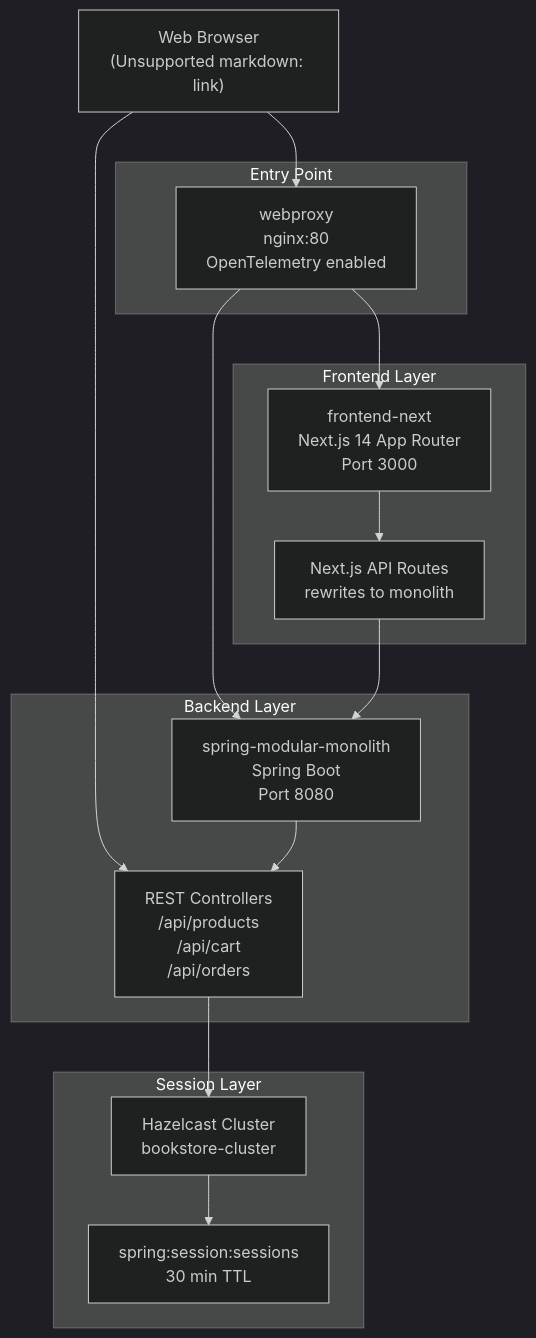
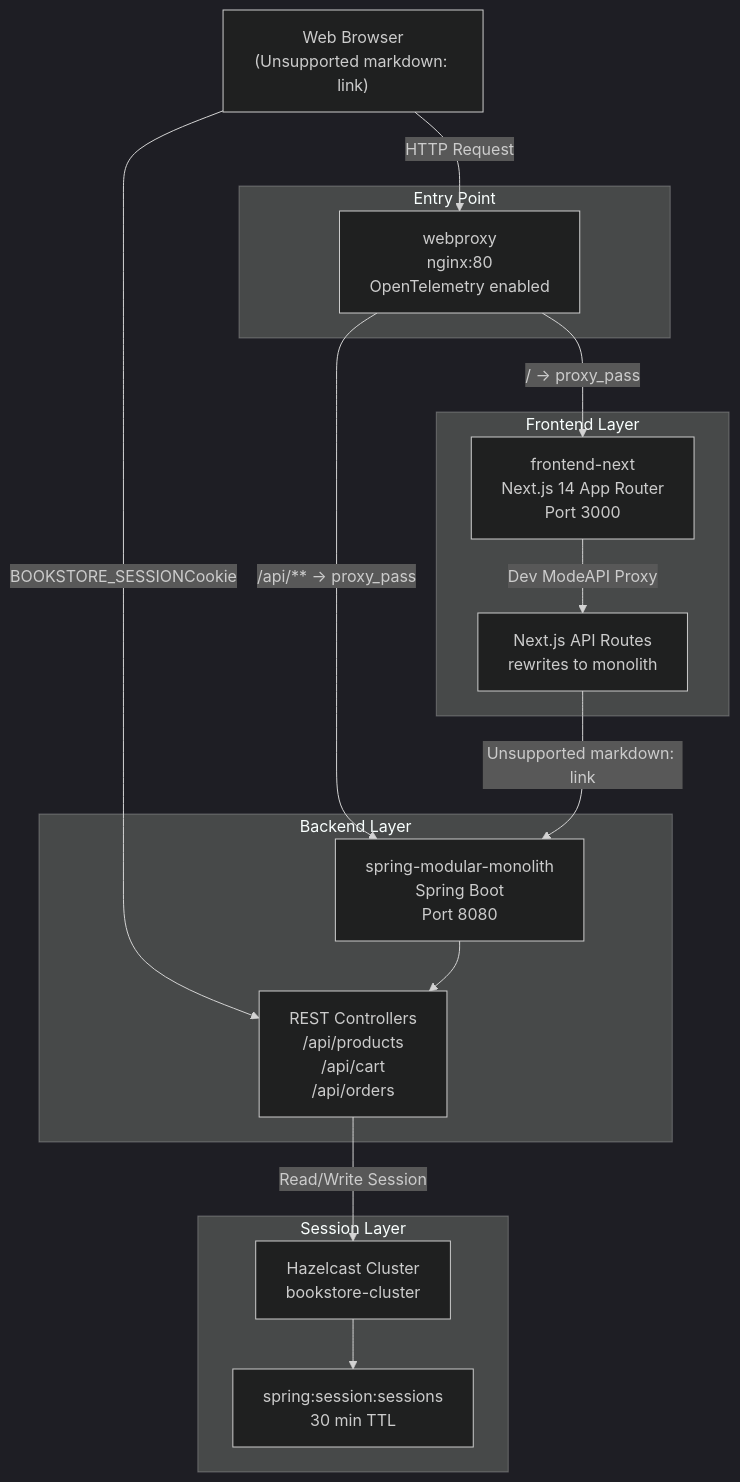
The first of 5 diagrams in docs/deepwiki/Frontend-Integration.md (philipz/spring-modular-monolith), drawn with Mermaid (dark theme) before and after one commit. The commit also changed other lines of this file and 55 other files, not shown here.

````diff
--- a/docs/deepwiki/Frontend-Integration.md
+++ b/docs/deepwiki/Frontend-Integration.md
@@ -34,41 +34,41 @@
 ```mermaid
 flowchart TD
 
 Browser["Web Browser<br>(Unsupported markdown: link)"]
 Nginx["webproxy<br>nginx:80<br>OpenTelemetry enabled"]
 NextApp["frontend-next<br>Next.js 14 App Router<br>Port 3000"]
 NextProxy["Next.js API Routes<br>rewrites to monolith"]
 Monolith["spring-modular-monolith<br>Spring Boot<br>Port 8080"]
 RestAPI["REST Controllers<br>/api/products<br>/api/cart<br>/api/orders"]
 Hazelcast["Hazelcast Cluster<br>bookstore-cluster"]
 SessionStore["spring:session:sessions<br>30 min TTL"]
 
-Browser --> Nginx
-Nginx --> NextApp
-Nginx --> Monolith
-NextProxy --> Monolith
-RestAPI --> Hazelcast
-Browser --> RestAPI
+Browser -->|"HTTP Request"| Nginx
+Nginx -->|"/ → proxy_pass"| NextApp
+Nginx -->|"/api/** → proxy_pass"| Monolith
+NextProxy -->|"Unsupported markdown: link"| Monolith
+RestAPI -->|"Read/Write Session"| Hazelcast
+Browser -->|"BOOKSTORE_SESSIONCookie"| RestAPI
 
 subgraph subGraph3 ["Session Layer"]
     Hazelcast
     SessionStore
     Hazelcast --> SessionStore
 end
 
 subgraph subGraph2 ["Backend Layer"]
     Monolith
     RestAPI
     Monolith --> RestAPI
 end
 
 subgraph subGraph1 ["Frontend Layer"]
     NextApp
     NextProxy
-    NextApp --> NextProxy
+    NextApp -->|"Dev ModeAPI Proxy"| NextProxy
 end
 
 subgraph subGraph0 ["Entry Point"]
     Nginx
 end
 ```
````
